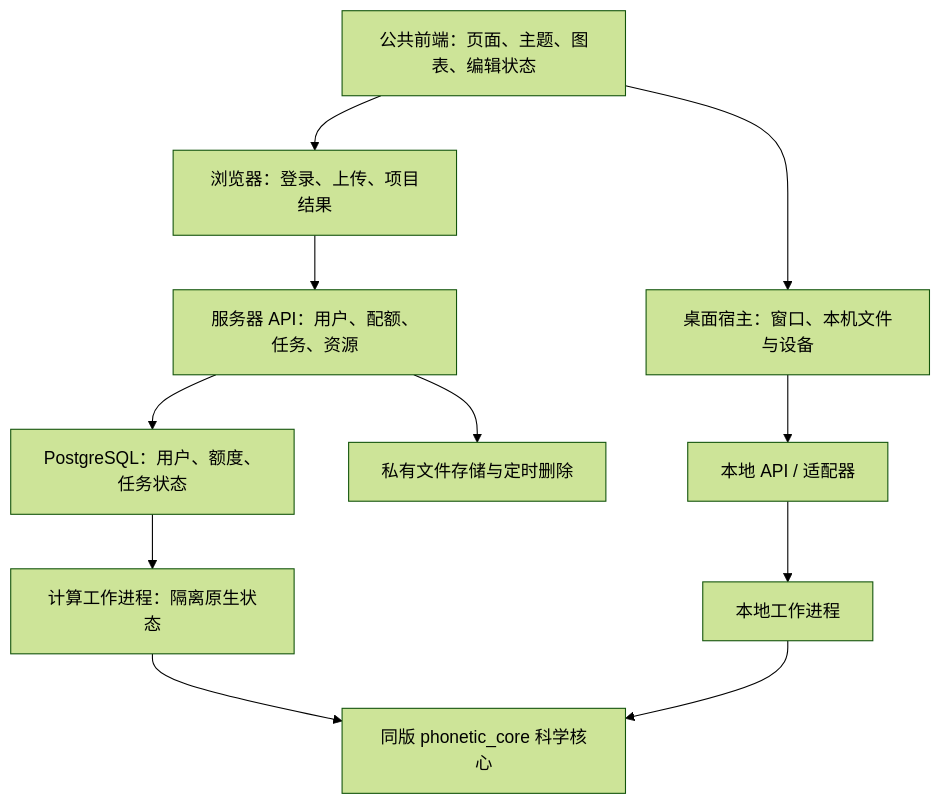
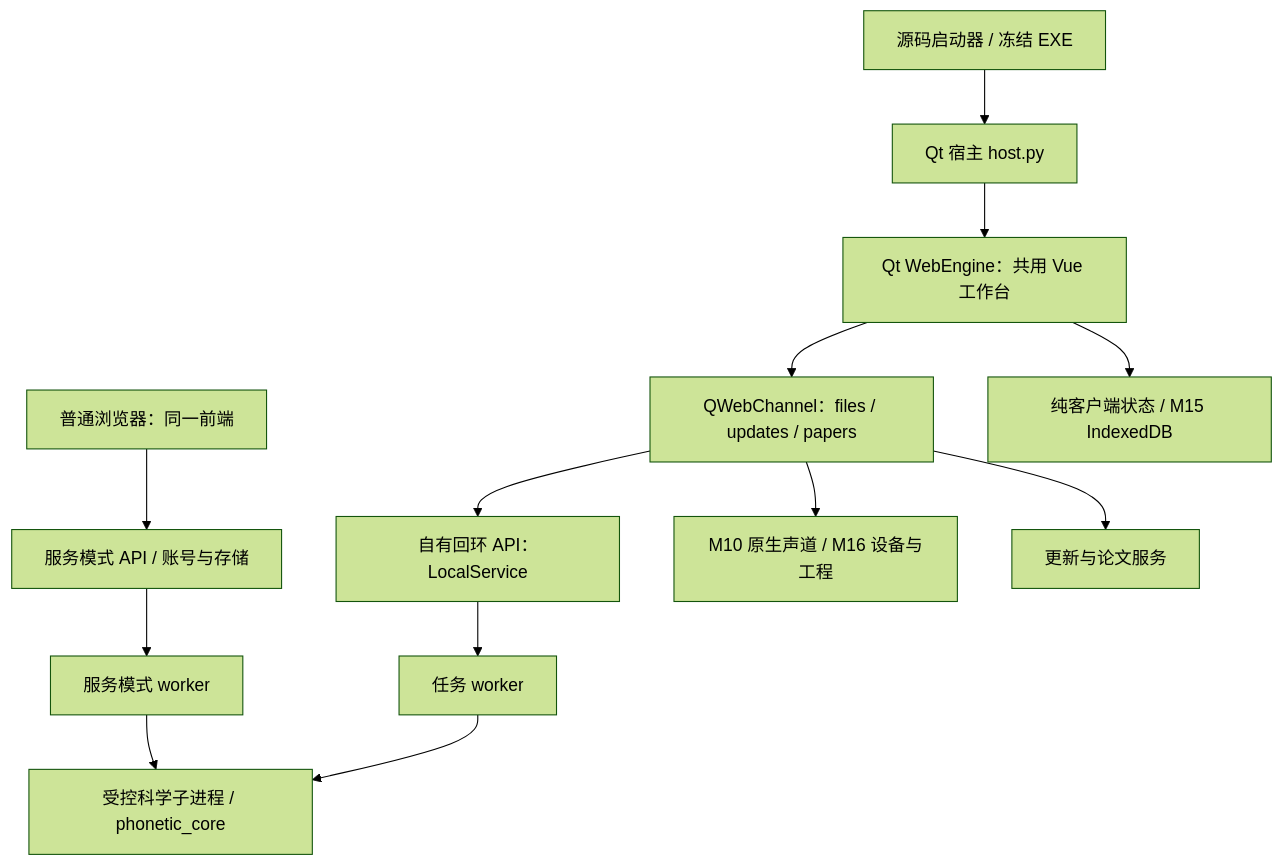
One commit to Nephelium/PhoneticToolbox changed the diagram in ARCHITECTURE.md. Above: the diagram before and after it, drawn with Mermaid (forest theme). The commit also changed other lines of this file and 1097 other files, not shown here.

````diff
--- a/ARCHITECTURE.md
+++ b/ARCHITECTURE.md
@@ -20,19 +9,15 @@
-```mermaid
-flowchart TB
-  UI["公共前端：页面、主题、图表、编辑状态"]
-  WEB["浏览器：登录、上传、项目结果"]
-  DESK["桌面宿主：窗口、本机文件与设备"]
-  CLOUD["服务器 API：用户、配额、任务、资源"]
-  LOCAL["本地 API / 适配器"]
-  DB["PostgreSQL：用户、额度、任务状态"]
-  W["计算工作进程：隔离原生状态"]
-  CW["本地工作进程"]
-  CORE["同版 phonetic_core 科学核心"]
-  DATA["私有文件存储与定时删除"]
-  UI --> WEB --> CLOUD
-  UI --> DESK --> LOCAL
-  CLOUD --> DB
-  CLOUD --> DATA
-  DB --> W --> CORE
-  LOCAL --> CW --> CORE
-```
+~~~mermaid
+flowchart TD
+    Entry["源码启动器 / 冻结 EXE"] --> Qt["Qt 宿主 host.py"]
+    Qt --> View["Qt WebEngine：共用 Vue 工作台"]
+    Browser["普通浏览器：同一前端"] --> WebAPI["服务模式 API / 账号与存储"]
+    View --> Channel["QWebChannel：files / updates / papers"]
+    Channel --> Local["自有回环 API：LocalService"]
+    Local --> Worker["任务 worker"]
+    WebAPI --> ServerWorker["服务模式 worker"]
+    Worker --> Science["受控科学子进程 / phonetic_core"]
+    ServerWorker --> Science
+    Channel --> Native["M10 原生声道 / M16 设备与工程"]
+    Channel --> Content["更新与论文服务"]
+    View --> Client["纯客户端状态 / M15 IndexedDB"]
+~~~
````
